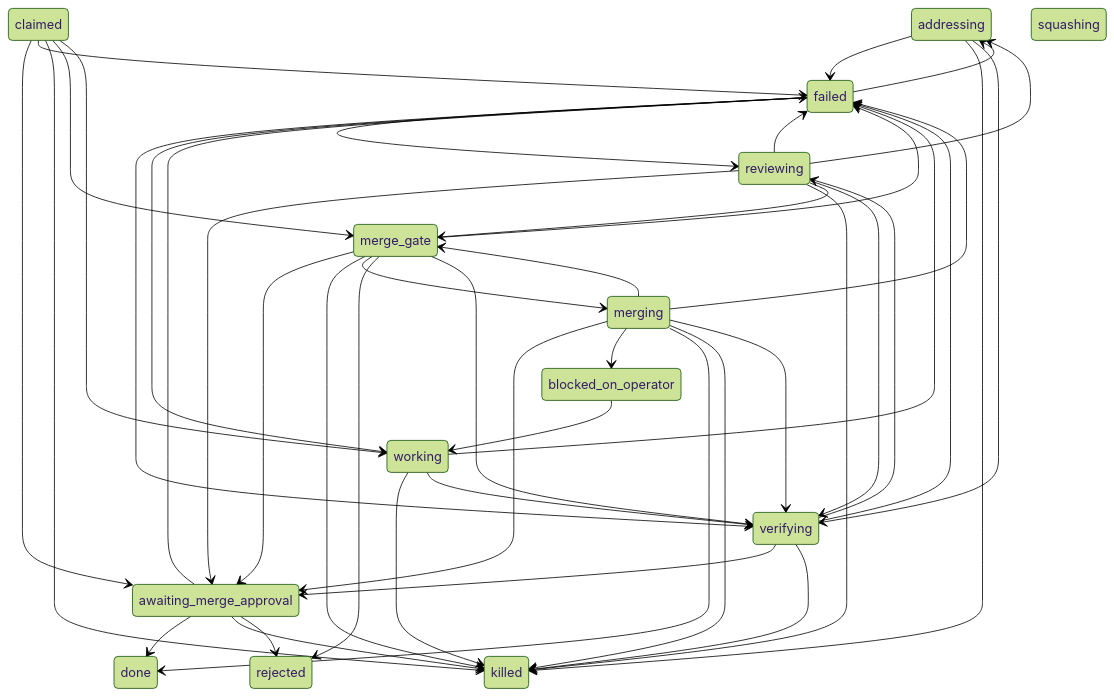
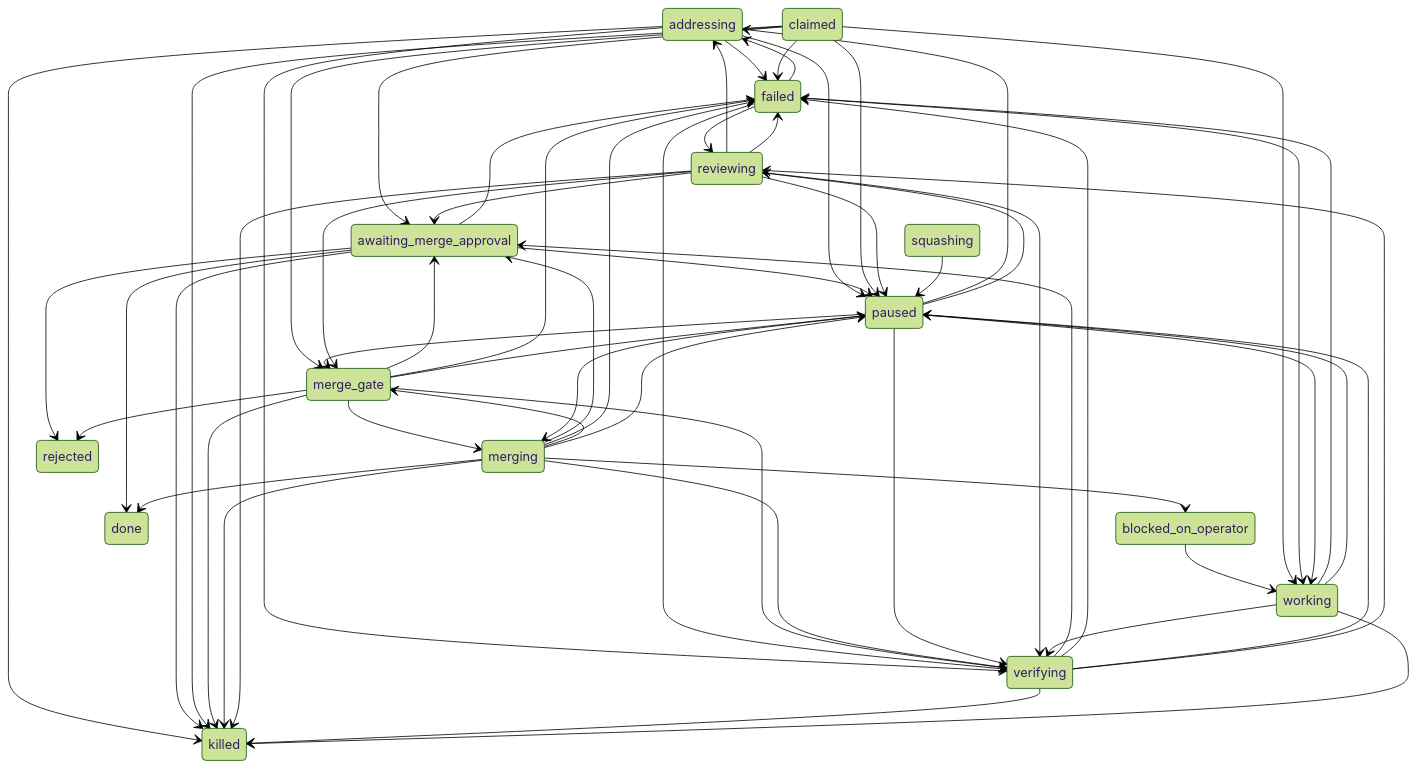
Before and after one commit to wevial/holophyte: the second of 2 diagrams in docs/loop.md, drawn with Mermaid (forest theme). The commit also changed 35 other files, not shown here.

````diff
--- a/docs/loop.md
+++ b/docs/loop.md
@@ -357,60 +357,76 @@
 ```mermaid
 stateDiagram-v2
     addressing
     awaiting_merge_approval
     blocked_on_operator
     claimed
     done
     failed
     killed
     merge_gate
     merging
+    paused
     rejected
     reviewing
     squashing
     verifying
     working
     addressing --> failed
     addressing --> killed
+    addressing --> paused
     addressing --> verifying
     awaiting_merge_approval --> done
     awaiting_merge_approval --> failed
     awaiting_merge_approval --> killed
+    awaiting_merge_approval --> paused
     awaiting_merge_approval --> rejected
     blocked_on_operator --> working
     claimed --> awaiting_merge_approval
     claimed --> failed
     claimed --> killed
     claimed --> merge_gate
+    claimed --> paused
     claimed --> working
     failed --> addressing
     failed --> reviewing
     failed --> verifying
     failed --> working
     merge_gate --> awaiting_merge_approval
     merge_gate --> failed
     merge_gate --> killed
     merge_gate --> merging
+    merge_gate --> paused
     merge_gate --> rejected
     merge_gate --> verifying
     merging --> awaiting_merge_approval
     merging --> blocked_on_operator
     merging --> done
     merging --> failed
     merging --> killed
     merging --> merge_gate
+    merging --> paused
     merging --> verifying
+    paused --> addressing
+    paused --> merge_gate
+    paused --> merging
+    paused --> reviewing
+    paused --> verifying
+    paused --> working
     reviewing --> addressing
     reviewing --> awaiting_merge_approval
     reviewing --> failed
     reviewing --> killed
     reviewing --> merge_gate
+    reviewing --> paused
     reviewing --> verifying
+    squashing --> paused
     verifying --> awaiting_merge_approval
     verifying --> failed
     verifying --> killed
+    verifying --> paused
     verifying --> reviewing
     working --> failed
     working --> killed
+    working --> paused
     working --> verifying
 ```
````
